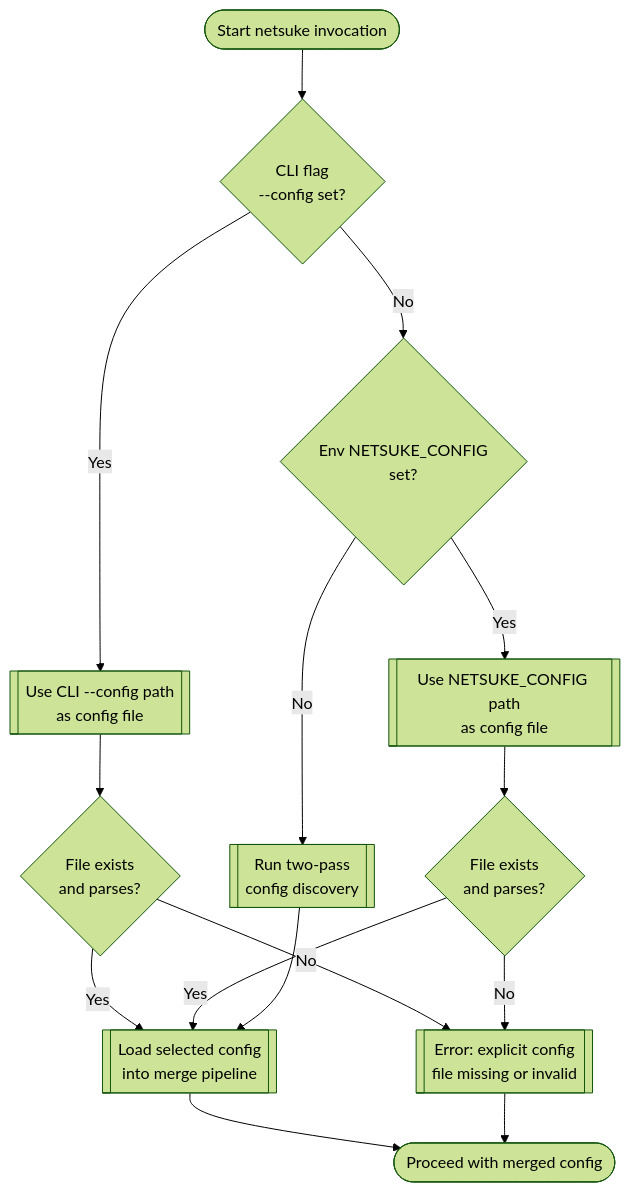
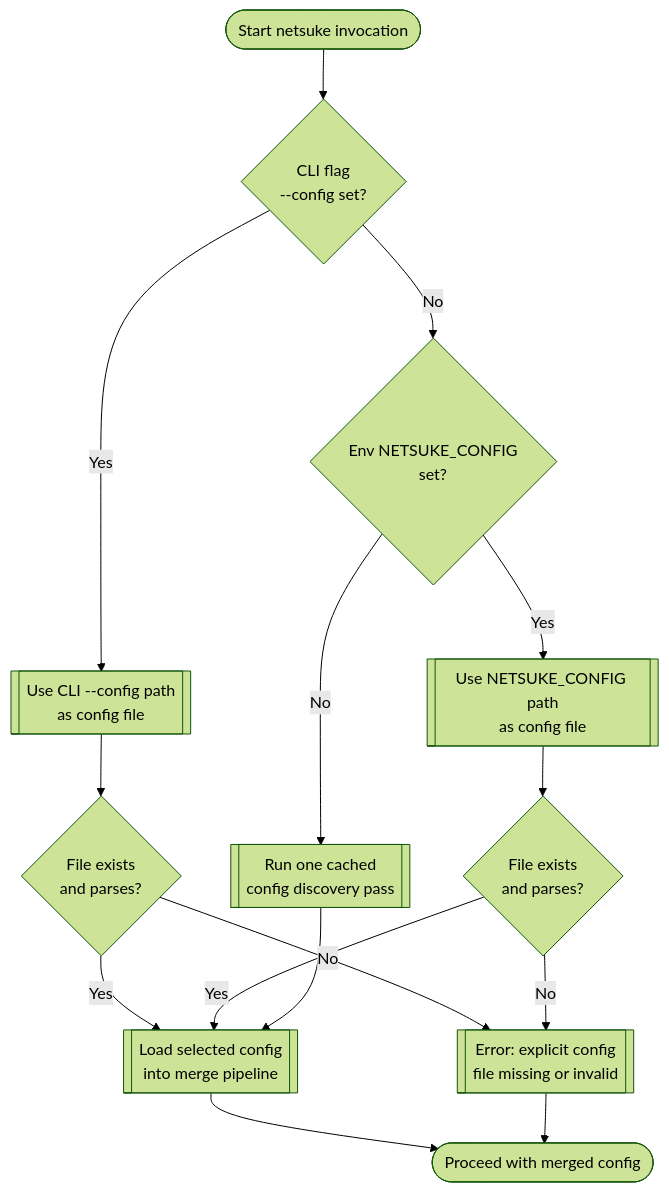
Before and after one commit to leynos/netsuke: diagram 13 of 14 in docs/netsuke-design.md, drawn with Mermaid (forest theme). The commit also changed other lines of this file and 5 other files, not shown here.

````diff
--- a/docs/netsuke-design.md
+++ b/docs/netsuke-design.md
@@ -2922,29 +2944,29 @@
 ```mermaid
 flowchart TD
   Start(["Start netsuke invocation"])
   HasCliConfig{"CLI flag<br/>--config set?"}
   HasEnvConfig{"Env NETSUKE_CONFIG<br/>set?"}
   UseCliConfig[["Use CLI --config path<br/>as config file"]]
   UseEnvConfig[["Use NETSUKE_CONFIG path<br/>as config file"]]
-  RunDiscovery[["Run two-pass<br/>config discovery"]]
+  RunDiscovery[["Run one cached<br/>config discovery pass"]]
   LoadConfig[["Load selected config<br/>into merge pipeline"]]
   ErrorMissing[["Error: explicit config<br/>file missing or invalid"]]
 
   Start --> HasCliConfig
   HasCliConfig -- Yes --> UseCliConfig
   HasCliConfig -- No --> HasEnvConfig
 
   HasEnvConfig -- Yes --> UseEnvConfig
   HasEnvConfig -- No --> RunDiscovery
 
   UseCliConfig --> CheckCliFile{"File exists<br/>and parses?"}
   CheckCliFile -- Yes --> LoadConfig
   CheckCliFile -- No --> ErrorMissing
 
   UseEnvConfig --> CheckEnvFile{"File exists<br/>and parses?"}
   CheckEnvFile -- Yes --> LoadConfig
   CheckEnvFile -- No --> ErrorMissing
   RunDiscovery --> LoadConfig
   LoadConfig --> End(["Proceed with merged config"])
   ErrorMissing --> End
 ```
````
